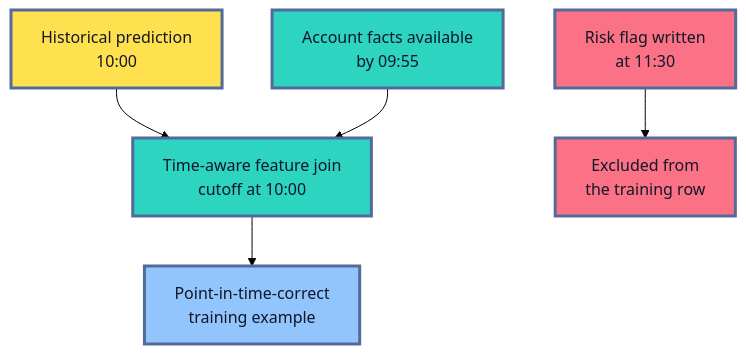
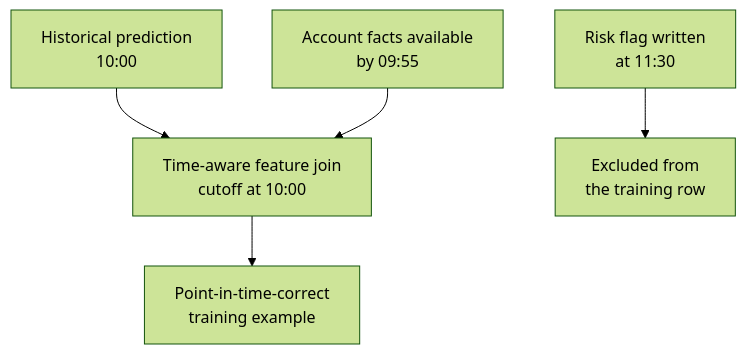
The third of 7 diagrams in roadmaps/mlops/modules/mlops-foundations/architecture-basics/02-ml-system-assets.md (senlinyy/dev-roadmaps), drawn with Mermaid (forest theme) before and after one commit. The commit also changed other lines of this file and 152 other files, not shown here.

Commit message:
feat: mlops and diagrams updated

````diff
--- a/roadmaps/mlops/modules/mlops-foundations/architecture-basics/02-ml-system-assets.md
+++ b/roadmaps/mlops/modules/mlops-foundations/architecture-basics/02-ml-system-assets.md
@@ -221,16 +226,12 @@
 ```mermaid
 flowchart TD
     P["Historical prediction<br/>10:00"] --> J["Time-aware feature join<br/>cutoff at 10:00"]
     A["Account facts available<br/>by 09:55"] --> J
     F["Risk flag written<br/>at 11:30"] --> X["Excluded from<br/>the training row"]
     J --> T["Point-in-time-correct<br/>training example"]
 
-    classDef time fill:#FFE04F,stroke:#536A9A,stroke-width:3px,color:#111827
-    classDef allowed fill:#2DD4BF,stroke:#536A9A,stroke-width:3px,color:#0F172A
-    classDef blocked fill:#FB7185,stroke:#536A9A,stroke-width:3px,color:#111827
-    classDef result fill:#93C5FD,stroke:#536A9A,stroke-width:3px,color:#0F172A
     class P time
     class A,J allowed
     class F,X blocked
     class T result
 ```
````
